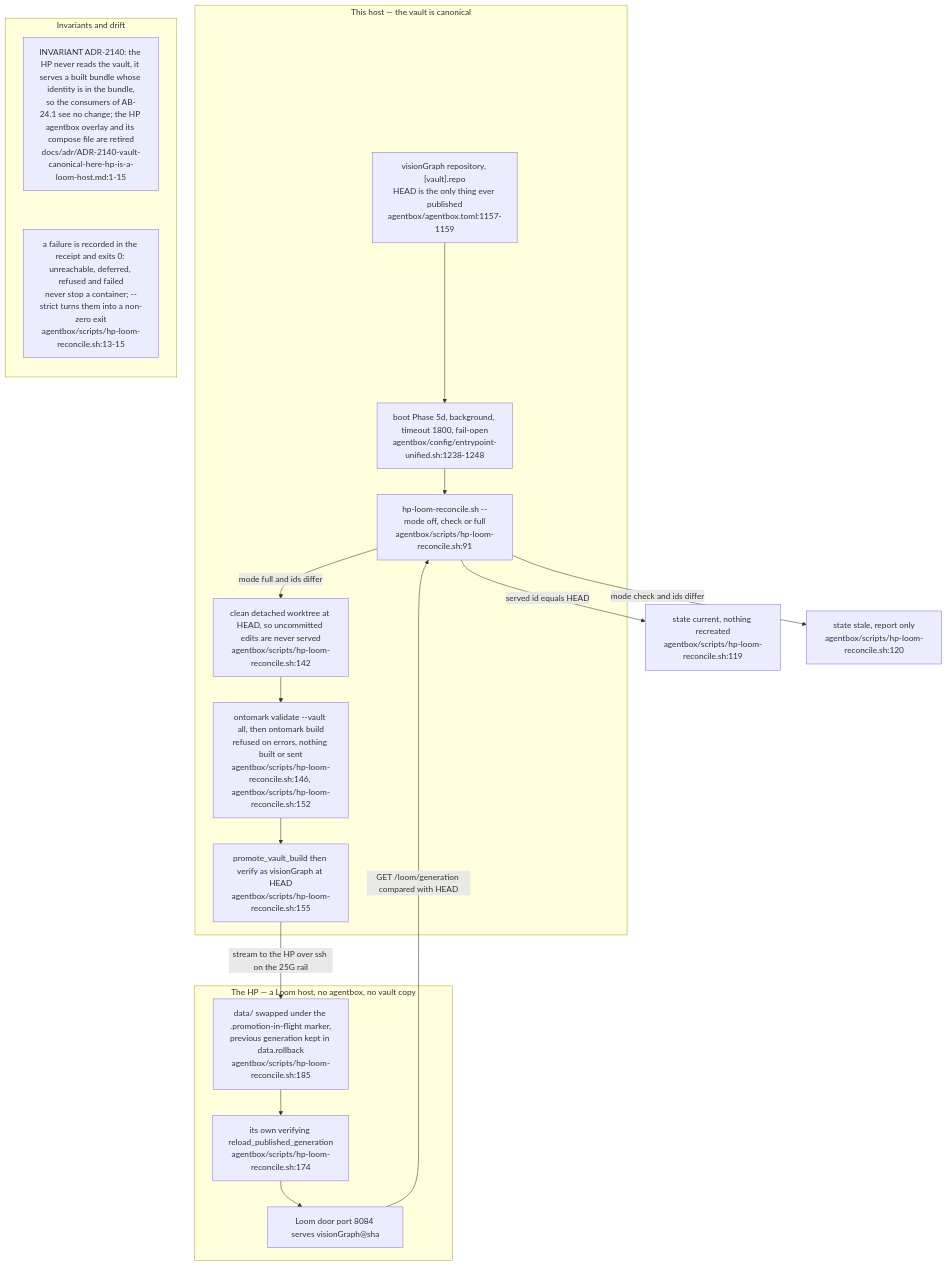
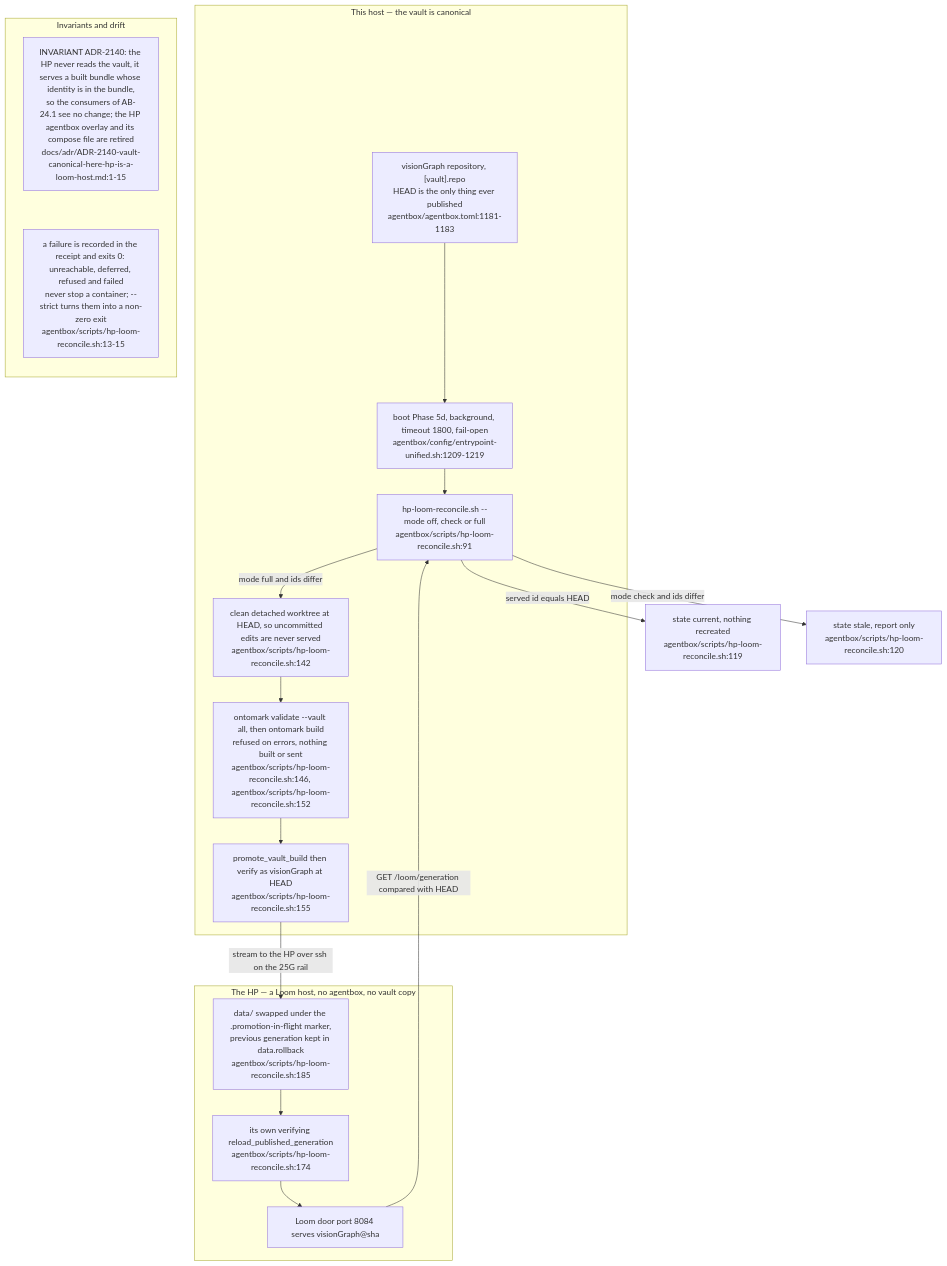
Before and after one commit to DreamLab-AI/VisionFlow: diagram 14 of 14 in docs/diagrams/agentbox/24-loom-facade.md, drawn with Mermaid. The commit also changed other lines of this file and 145 other files, not shown here.

````diff
--- a/docs/diagrams/agentbox/24-loom-facade.md
+++ b/docs/diagrams/agentbox/24-loom-facade.md
@@ -523,28 +524,28 @@
 ```mermaid
 flowchart TB
     subgraph here["This host — the vault is canonical"]
-        VAULT["visionGraph repository, [vault].repo<br/>HEAD is the only thing ever published<br/>agentbox/agentbox.toml:1157-1159"]
-        BOOT["boot Phase 5d, background, timeout 1800, fail-open<br/>agentbox/config/entrypoint-unified.sh:1238-1248"]
+        VAULT["visionGraph repository, [vault].repo<br/>HEAD is the only thing ever published<br/>agentbox/agentbox.toml:1181-1183"]
+        BOOT["boot Phase 5d, background, timeout 1800, fail-open<br/>agentbox/config/entrypoint-unified.sh:1209-1219"]
         REC["hp-loom-reconcile.sh --mode off, check or full<br/>agentbox/scripts/hp-loom-reconcile.sh:91"]
         WT["clean detached worktree at HEAD, so uncommitted edits are never served<br/>agentbox/scripts/hp-loom-reconcile.sh:142"]
         VAL["ontomark validate --vault all, then ontomark build<br/>refused on errors, nothing built or sent<br/>agentbox/scripts/hp-loom-reconcile.sh:146, agentbox/scripts/hp-loom-reconcile.sh:152"]
         PRO["promote_vault_build then verify as visionGraph at HEAD<br/>agentbox/scripts/hp-loom-reconcile.sh:155"]
     end
     subgraph hp["The HP — a Loom host, no agentbox, no vault copy"]
         DATA["data/ swapped under the .promotion-in-flight marker,<br/>previous generation kept in data.rollback<br/>agentbox/scripts/hp-loom-reconcile.sh:185"]
         RELOAD["its own verifying reload_published_generation<br/>agentbox/scripts/hp-loom-reconcile.sh:174"]
         DOOR["Loom door port 8084 serves visionGraph@sha"]
     end
     VAULT --> BOOT --> REC
     REC -->|"served id equals HEAD"| CUR["state current, nothing recreated<br/>agentbox/scripts/hp-loom-reconcile.sh:119"]
     REC -->|"mode check and ids differ"| STALE["state stale, report only<br/>agentbox/scripts/hp-loom-reconcile.sh:120"]
     REC -->|"mode full and ids differ"| WT --> VAL --> PRO
     PRO -->|"stream to the HP over ssh on the 25G rail"| DATA --> RELOAD --> DOOR
     DOOR -->|"GET /loom/generation compared with HEAD"| REC
     subgraph notes["Invariants and drift"]
         direction TB
         N1["INVARIANT ADR-2140: the HP never reads the vault, it serves a built bundle whose identity is in the bundle,<br/>so the consumers of AB-24.1 see no change; the HP agentbox overlay and its compose file are retired<br/>docs/adr/ADR-2140-vault-canonical-here-hp-is-a-loom-host.md:1-15"]
         N2["a failure is recorded in the receipt and exits 0: unreachable, deferred, refused and failed<br/>never stop a container; --strict turns them into a non-zero exit<br/>agentbox/scripts/hp-loom-reconcile.sh:13-15"]
         N1 ~~~ N2
     end
 ```
````
